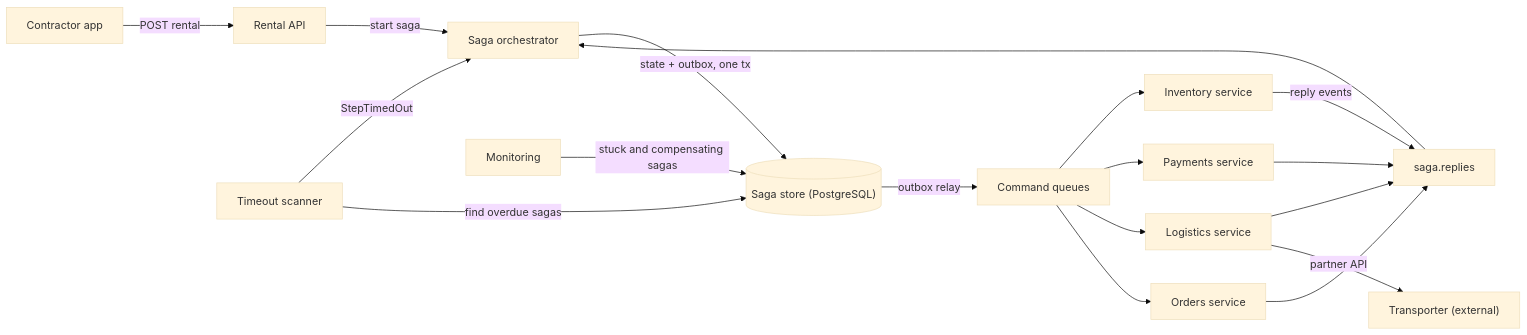
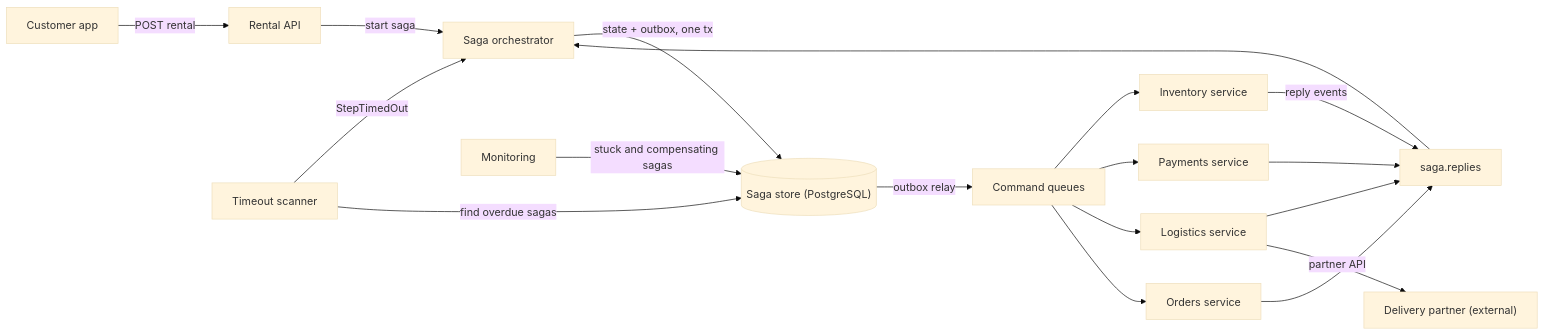
The first of 4 diagrams in content/lessons/m12/m12-sagas.md (rizwi0786/system-design-lab), drawn with Mermaid (base theme) before and after one commit. The commit also changed other lines of this file and 334 other files, not shown here.

````diff
--- a/content/lessons/m12/m12-sagas.md
+++ b/content/lessons/m12/m12-sagas.md
@@ -210,20 +210,20 @@
 ```mermaid
 flowchart LR
-    C["Contractor app"] -->|"POST rental"| API["Rental API"]
+    C["Customer app"] -->|"POST rental"| API["Rental API"]
     API -->|"start saga"| ORC["Saga orchestrator"]
     ORC -->|"state + outbox, one tx"| SDB[("Saga store (PostgreSQL)")]
     SDB -->|"outbox relay"| CMD["Command queues"]
     CMD --> INV["Inventory service"]
     CMD --> PAY["Payments service"]
     CMD --> LOG["Logistics service"]
     CMD --> ORD["Orders service"]
     INV -->|"reply events"| EVT["saga.replies"]
     PAY --> EVT
     LOG --> EVT
     ORD --> EVT
     EVT --> ORC
     TS["Timeout scanner"] -->|"StepTimedOut"| ORC
     TS -->|"find overdue sagas"| SDB
-    LOG -->|"partner API"| TP["Transporter (external)"]
+    LOG -->|"partner API"| TP["Delivery partner (external)"]
     MON["Monitoring"] -->|"stuck and compensating sagas"| SDB
 ```
````
